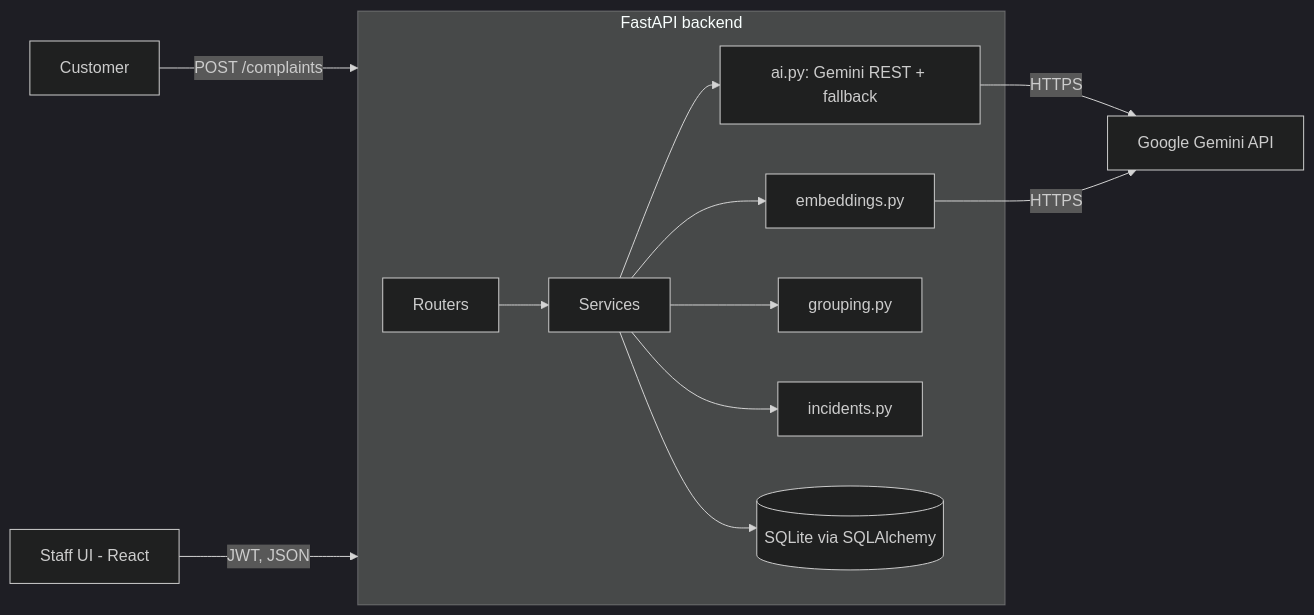
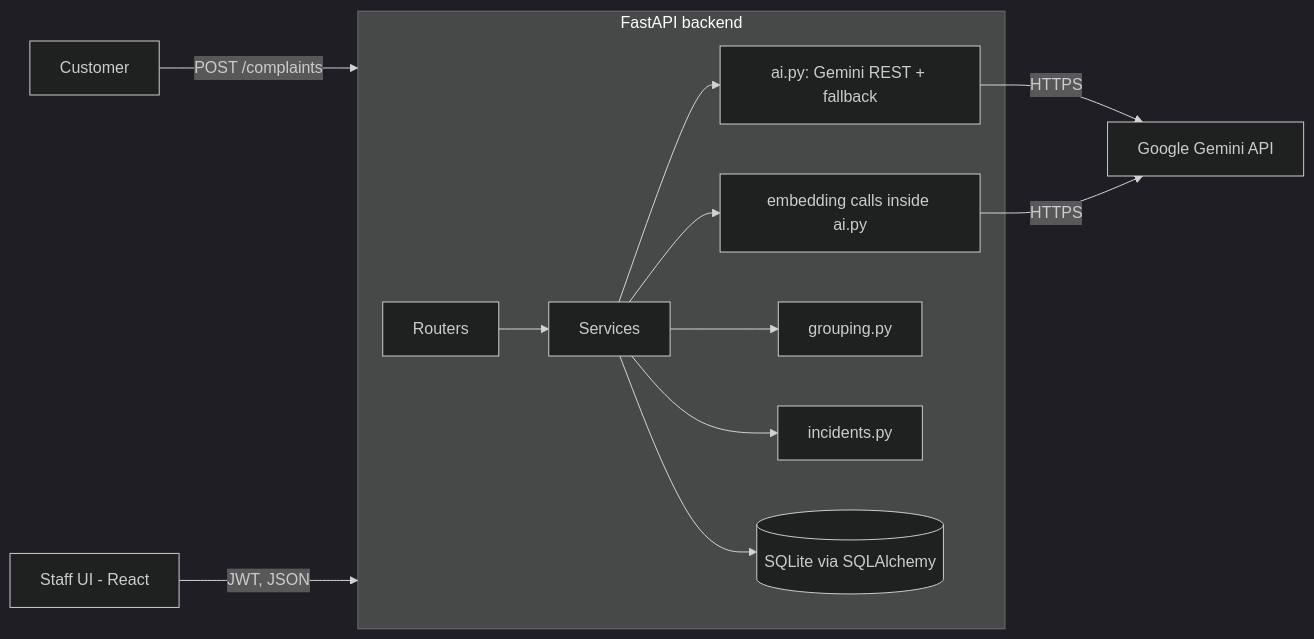
Before and after one commit to hasnain-ajmal/pulseresolve: the diagram in docs/design.md, drawn with Mermaid (dark theme). The commit also changed other lines of this file and 3 other files, not shown here.

````diff
--- a/docs/design.md
+++ b/docs/design.md
@@ -5,15 +5,15 @@
 ```mermaid
 flowchart LR
   C[Customer] -->|POST /complaints| API
   S[Staff UI - React] -->|JWT, JSON| API
   subgraph API[FastAPI backend]
     R[Routers] --> SV[Services]
     SV --> AI[ai.py: Gemini REST + fallback]
-    SV --> EM[embeddings.py]
+    SV --> EM[embedding calls inside ai.py]
     SV --> GR[grouping.py]
     SV --> IN[incidents.py]
     SV --> DB[(SQLite via SQLAlchemy)]
   end
   AI -->|HTTPS| G[Google Gemini API]
   EM -->|HTTPS| G
 ```
````
